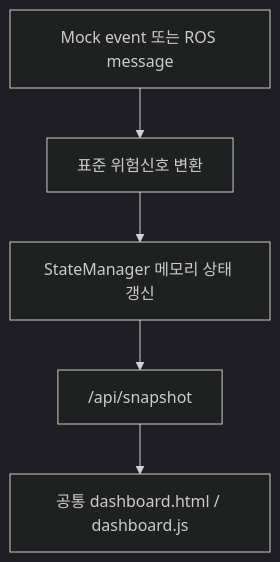
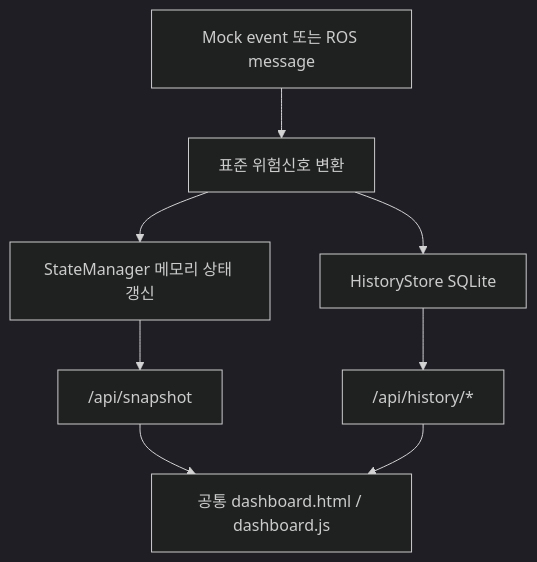
One commit to jiwan1230/2026_ROKEY_4_UnderGuard changed the diagram in Sysmon/docs/MODE_PARITY.md. Above: the diagram before and after it, drawn with Mermaid (dark theme). The commit also changed other lines of this file and 24 other files, not shown here.

````diff
--- a/Sysmon/docs/MODE_PARITY.md
+++ b/Sysmon/docs/MODE_PARITY.md
@@ -5,7 +5,10 @@
 ```mermaid
 flowchart TD
     A["Mock event 또는 ROS message"] --> B[표준 위험신호 변환]
     B --> C["StateManager 메모리 상태 갱신"]
     C --> D["/api/snapshot"]
     D --> E["공통 dashboard.html / dashboard.js"]
+    B --> F["HistoryStore SQLite"]
+    F --> G["/api/history/*"]
+    G --> E
 ```
````
